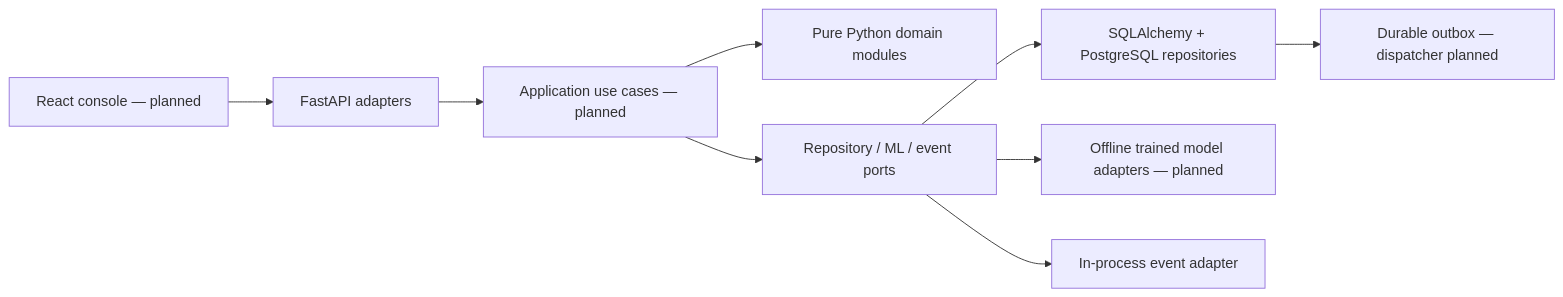
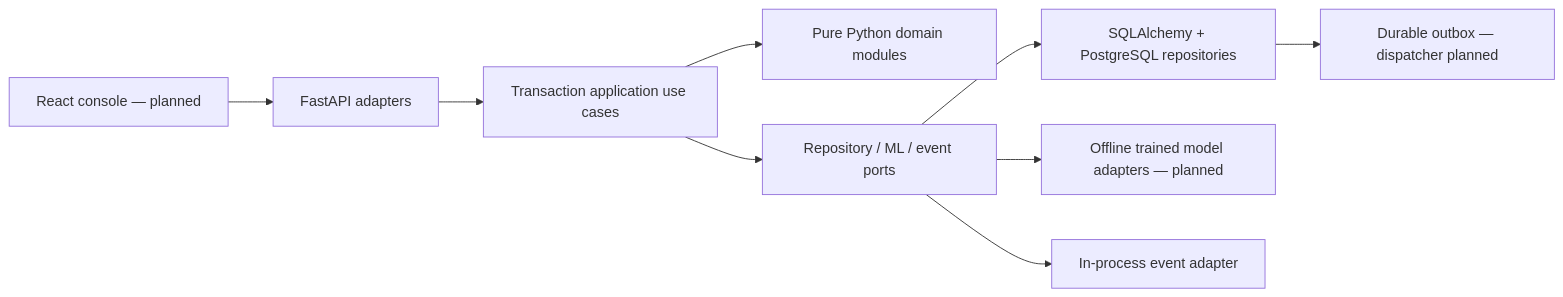
One commit to nuchaaa/FraudLens changed the diagram in README.md. Above: the diagram before and after it, drawn with Mermaid. The commit also changed other lines of this file and 25 other files, not shown here.

````diff
--- a/README.md
+++ b/README.md
@@ -37,11 +37,11 @@
 ```mermaid
 flowchart LR
     UI[React console — planned] --> HTTP[FastAPI adapters]
-    HTTP --> UC[Application use cases — planned]
+    HTTP --> UC[Transaction application use cases]
     UC --> D[Pure Python domain modules]
     UC --> P[Repository / ML / event ports]
     P --> DB[SQLAlchemy + PostgreSQL repositories]
     P --> ML[Offline trained model adapters — planned]
     P --> EV[In-process event adapter]
     DB --> OB[Durable outbox — dispatcher planned]
 ```
````
